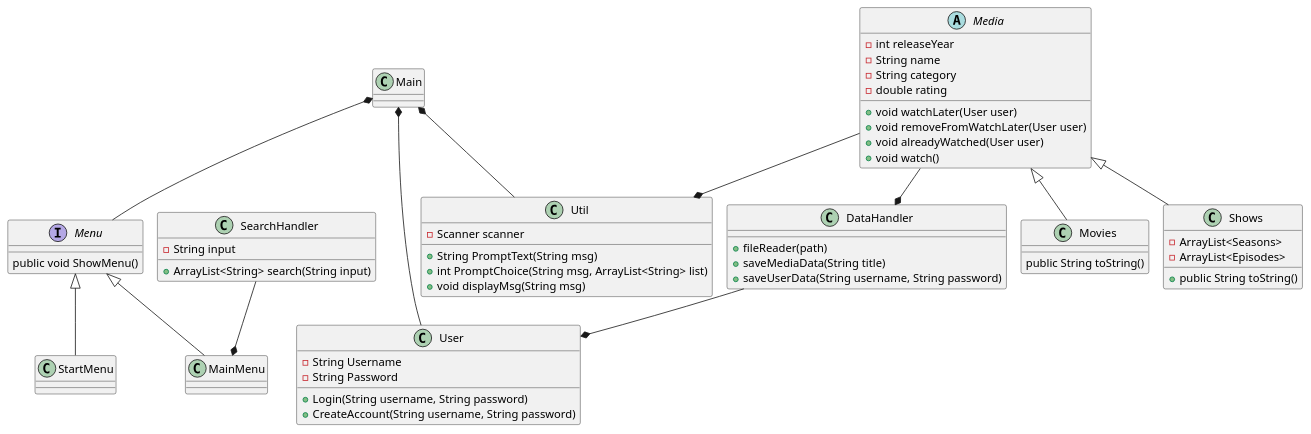
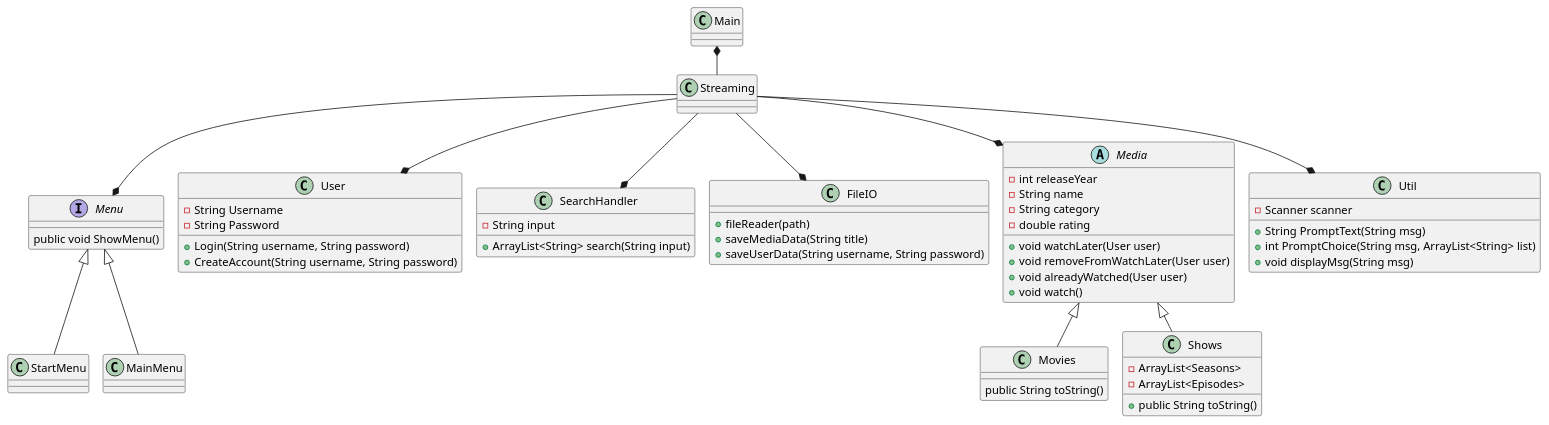
One commit to ValdemarLarsen02/SP3GruppeD changed the diagram in Docs/ClassDiagram.puml. Above: the diagram before and after it, drawn with PlantUML. The commit also changed 1 other file, not shown here.

```diff
--- a/Docs/ClassDiagram.puml
+++ b/Docs/ClassDiagram.puml
@@ -1,77 +1,77 @@
 @startuml
 !pragma layout smetana
 
 Class Main{
 }
 
 Interface Menu{
 public void ShowMenu()
 }
 
 Class StartMenu{
 }
 
 Class MainMenu{
 }
 
 Class User{
 - String Username
 - String Password
 + Login(String username, String password)
 + CreateAccount(String username, String password)
 }
 
 Class SearchHandler {
 - String input
 + ArrayList<String> search(String input)
 }
 
-Class DataHandler{
+Class FileIO{
 + fileReader(path)
 + saveMediaData(String title)
 + saveUserData(String username, String password)
 }
 
 Abstract Media{
 - int releaseYear
 - String name
 - String category
 - double rating
 + void watchLater(User user)
 + void removeFromWatchLater(User user)
 + void alreadyWatched(User user)
 + void watch()
 }
 
 Class Util{
 - Scanner scanner
 + String PromptText(String msg)
 + int PromptChoice(String msg, ArrayList<String> list)
 + void displayMsg(String msg)
 }
 
 Class Movies{
 public String toString()
 }
 
 Class Shows{
 - ArrayList<Seasons>
 - ArrayList<Episodes>
 + public String toString()
 }
 
-SearchHandler --* MainMenu
-Main *-- Menu
+Main *-- Streaming
+Streaming--* User
+Streaming --* FileIO
+Streaming --* Menu
+Menu <|-- MainMenu
 Menu <|-- StartMenu
-Main *-- Util
-Main *-- User
-Menu <|-- MainMenu
-Media --* Util
+Streaming --* Media
+Media <|-- Movies
 Media <|-- Shows
-Media <|-- Movies
-DataHandler --* User
-Media --* DataHandler
+Streaming --* SearchHandler
+Streaming --* Util
 
 
 
 @enduml
```
